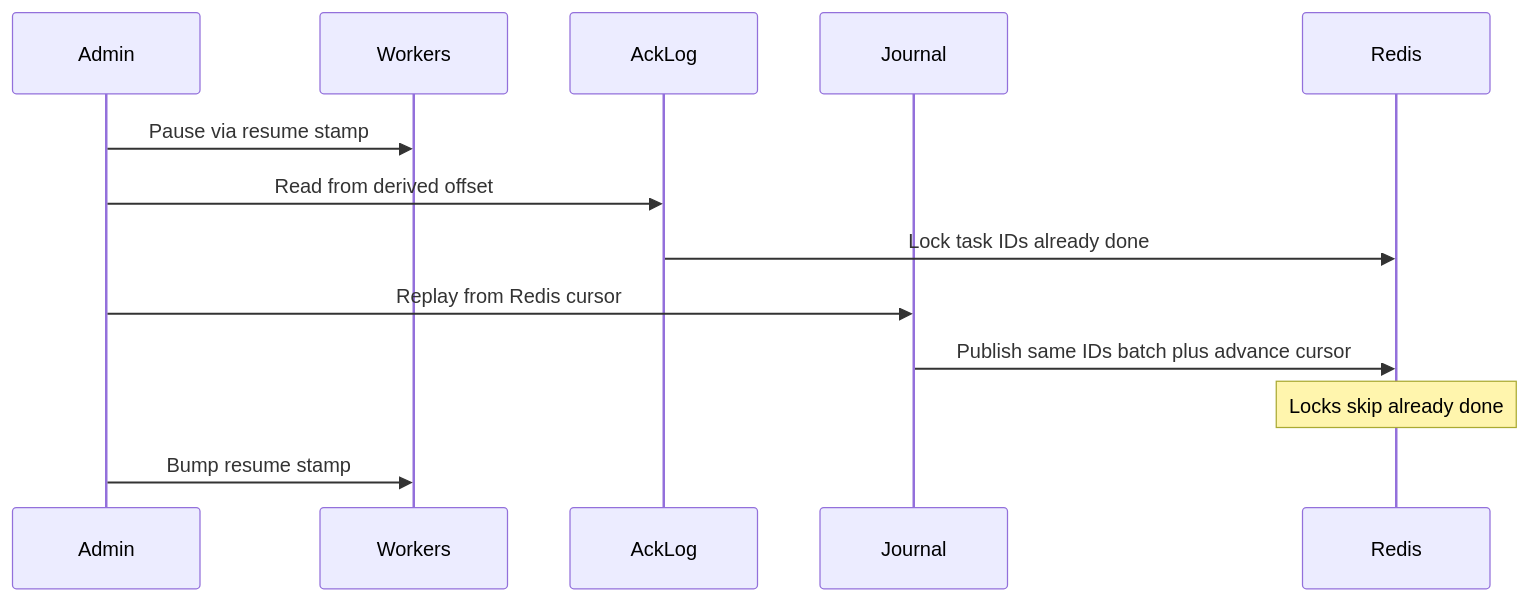
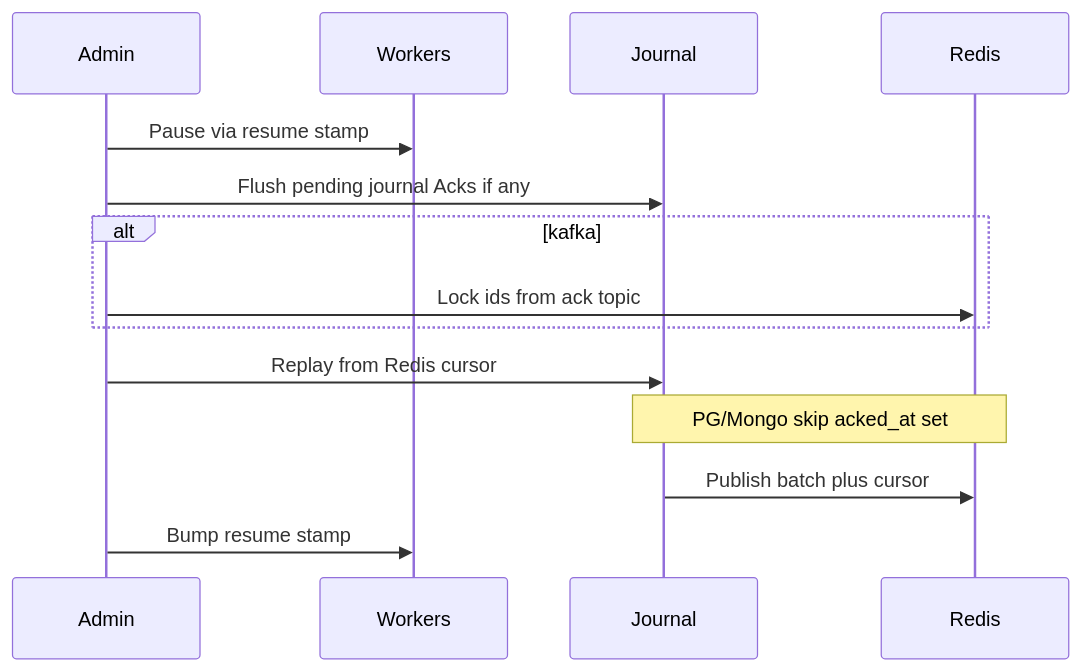
One commit to Rinsvent/smart-redis-queue changed the second of 3 diagrams in docs/features/journal.md. Above: the diagram before and after it, drawn with Mermaid. The commit also changed other lines of this file and 1 other file, not shown here.

Commit message:
feat: add Journal engine docs

````diff
--- a/docs/features/journal.md
+++ b/docs/features/journal.md
@@ -68,15 +98,16 @@
 ```mermaid
 sequenceDiagram
   participant Admin
   participant Workers
-  participant AckLog
   participant Journal
   participant Redis
   Admin->>Workers: Pause via resume stamp
-  Admin->>AckLog: Read from derived offset
-  AckLog->>Redis: Lock task IDs already done
+  Admin->>Journal: Flush pending journal Acks if any
+  alt kafka
+    Admin->>Redis: Lock ids from ack topic
+  end
   Admin->>Journal: Replay from Redis cursor
-  Journal->>Redis: Publish same IDs batch plus advance cursor
-  Note over Redis: Locks skip already done
+  Note over Journal,Redis: PG/Mongo skip acked_at set
+  Journal->>Redis: Publish batch plus cursor
   Admin->>Workers: Bump resume stamp
 ```
````
